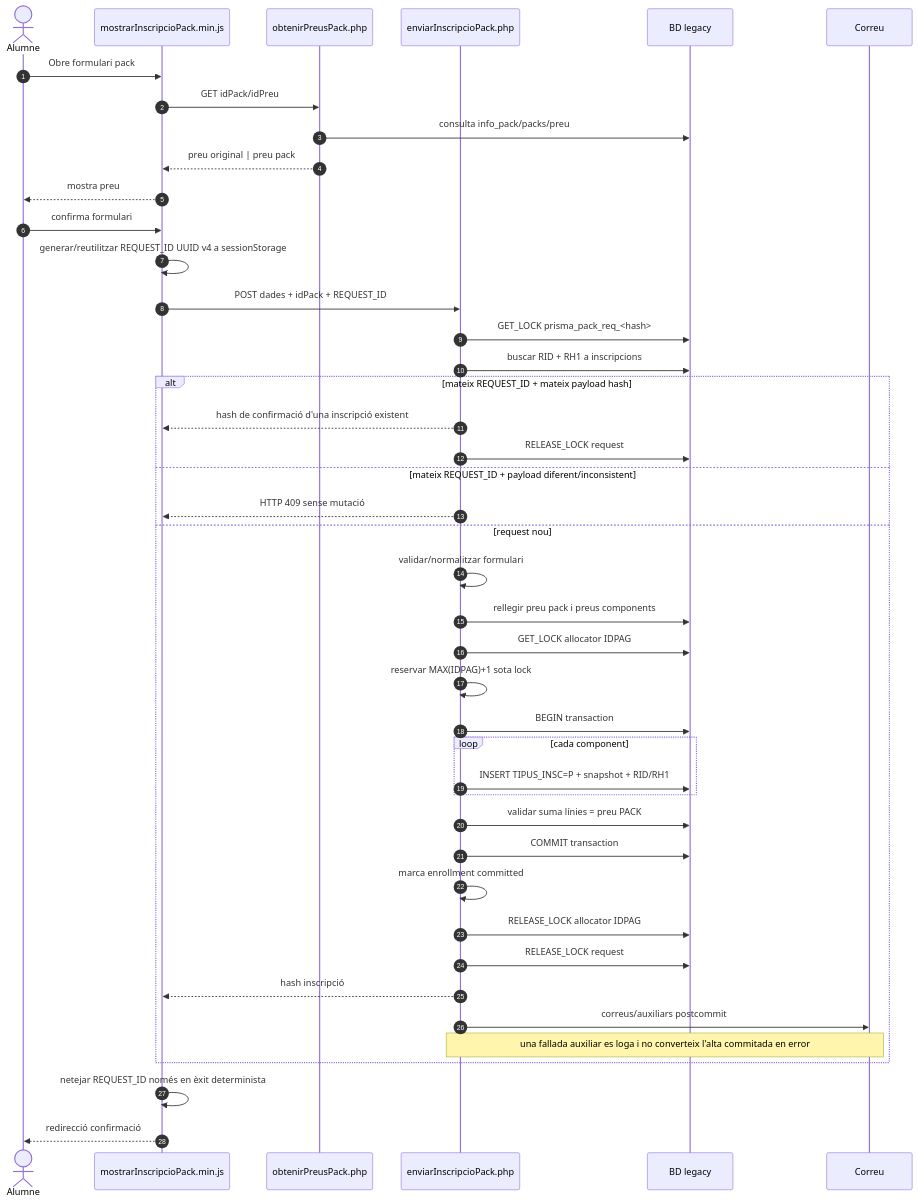
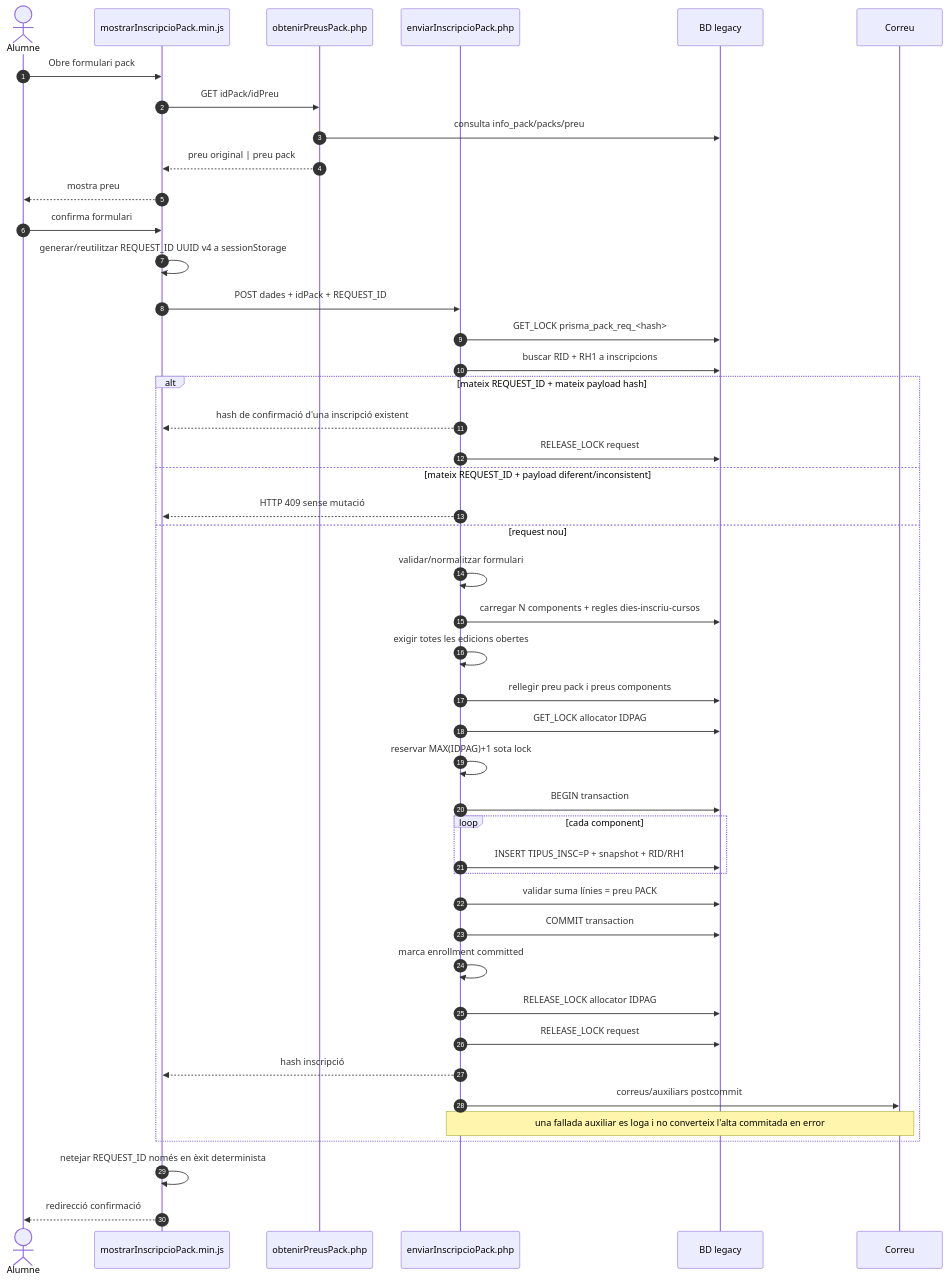
One commit to orgmeriemprismacat-del/verifactu changed the first of 5 diagrams in documentacio/07-uml-integrat/uc-015-sequencies-actual-final.md. Above: the diagram before and after it, drawn with Mermaid. The commit also changed other lines of this file, not shown here.

Commit message:
docs(UC-015): afegir disponibilitat a la sequencia web

````diff
--- a/documentacio/07-uml-integrat/uc-015-sequencies-actual-final.md
+++ b/documentacio/07-uml-integrat/uc-015-sequencies-actual-final.md
@@ -7,46 +7,48 @@
 ```mermaid
 sequenceDiagram
 autonumber
 actor U as Alumne
 participant JS as mostrarInscripcioPack.min.js
 participant Price as obtenirPreusPack.php
 participant Alta as enviarInscripcioPack.php
 participant DB as BD legacy
 participant Mail as Correu
 
 U->>JS: Obre formulari pack
 JS->>Price: GET idPack/idPreu
 Price->>DB: consulta info_pack/packs/preu
 Price-->>JS: preu original | preu pack
 JS-->>U: mostra preu
 U->>JS: confirma formulari
 JS->>JS: generar/reutilitzar REQUEST_ID UUID v4 a sessionStorage
 JS->>Alta: POST dades + idPack + REQUEST_ID
 Alta->>DB: GET_LOCK prisma_pack_req_<hash>
 Alta->>DB: buscar RID + RH1 a inscripcions
 alt mateix REQUEST_ID + mateix payload hash
  Alta-->>JS: hash de confirmació d'una inscripció existent
  Alta->>DB: RELEASE_LOCK request
 else mateix REQUEST_ID + payload diferent/inconsistent
  Alta-->>JS: HTTP 409 sense mutació
 else request nou
  Alta->>Alta: validar/normalitzar formulari
+ Alta->>DB: carregar N components + regles dies-inscriu-cursos
+ Alta->>Alta: exigir totes les edicions obertes
  Alta->>DB: rellegir preu pack i preus components
  Alta->>DB: GET_LOCK allocator IDPAG
  Alta->>Alta: reservar MAX(IDPAG)+1 sota lock
  Alta->>DB: BEGIN transaction
  loop cada component
   Alta->>DB: INSERT TIPUS_INSC=P + snapshot + RID/RH1
  end
  Alta->>DB: validar suma línies = preu PACK
  Alta->>DB: COMMIT transaction
  Alta->>Alta: marca enrollment committed
  Alta->>DB: RELEASE_LOCK allocator IDPAG
  Alta->>DB: RELEASE_LOCK request
  Alta-->>JS: hash inscripció
  Alta->>Mail: correus/auxiliars postcommit
  Note over Alta,Mail: una fallada auxiliar es loga i no converteix l'alta commitada en error
 end
 JS->>JS: netejar REQUEST_ID només en èxit determinista
 JS-->>U: redirecció confirmació
 ```
````
